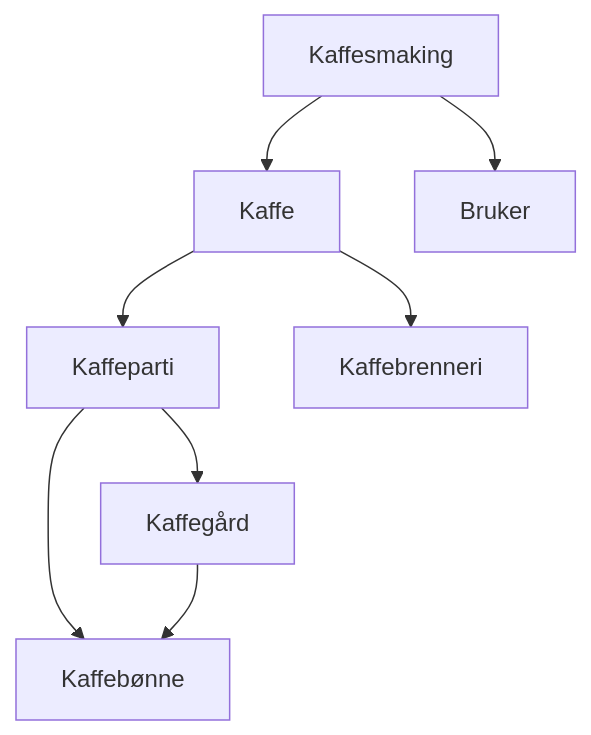
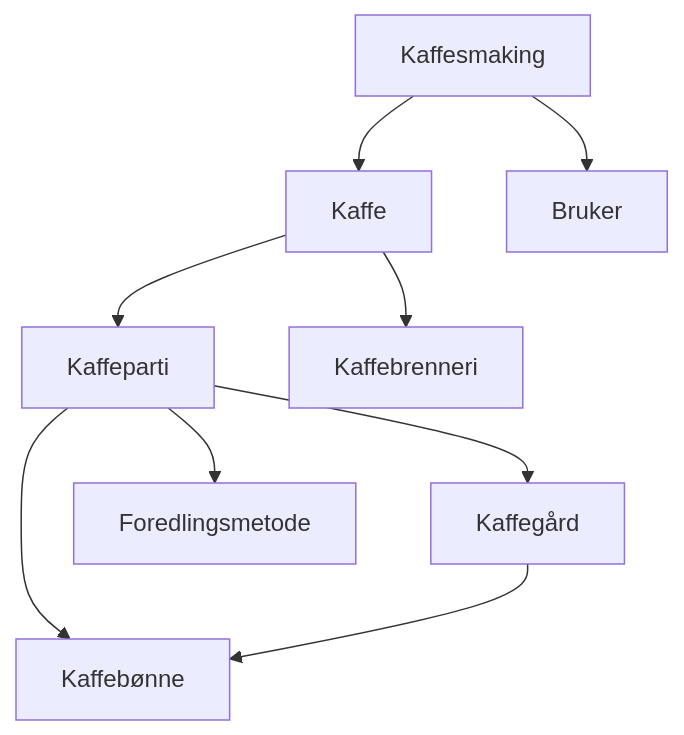
Before and after one commit to magnetenstad/TDT4145-project: the second of 2 diagrams in db2/README.md, drawn with Mermaid. The commit also changed other lines of this file and 5 other files, not shown here.

````diff
--- a/db2/README.md
+++ b/db2/README.md
@@ -64,18 +112,19 @@
 ```mermaid
 flowchart TD
   Kaffebønne
   Kaffegård
   Kaffeparti
   Kaffe
   Bruker
   Kaffesmaking
   Kaffebrenneri
 
   Kaffe --> Kaffebrenneri
   Kaffe --> Kaffeparti
+  Kaffeparti --> Foredlingsmetode
   Kaffeparti --> Kaffebønne
   Kaffeparti --> Kaffegård
   Kaffesmaking --> Bruker
   Kaffesmaking --> Kaffe
   Kaffegård --> Kaffebønne
 ```
````
